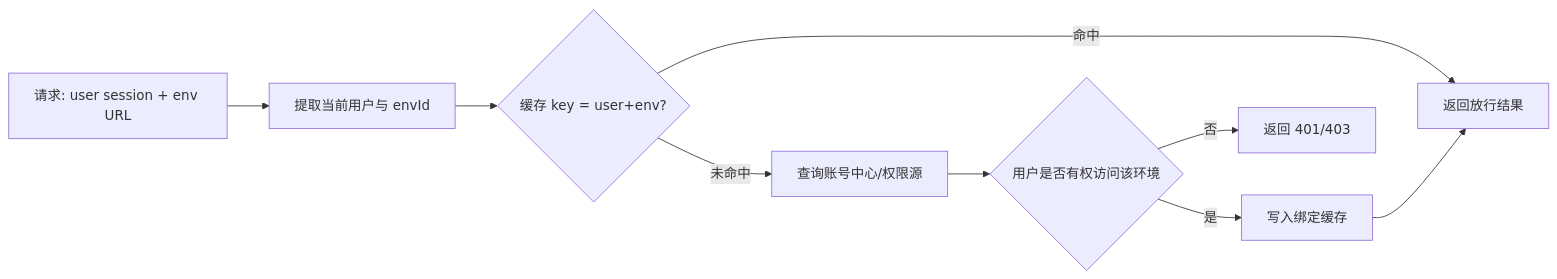
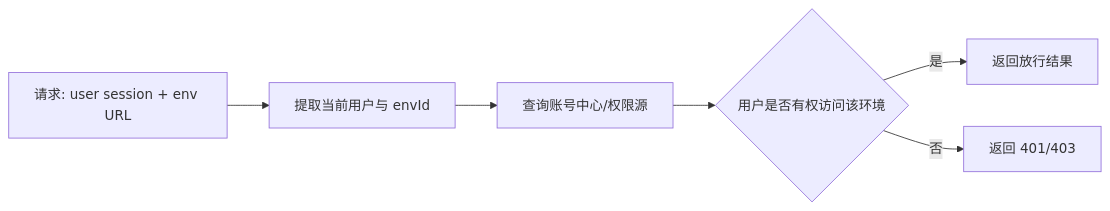
The second of 3 diagrams in opensourceways/backlog/issue_docs/151/Architecture Desgin/#151 Architecture Design Specification.md (GeorgeCao-hw/backlog-test), drawn with Mermaid before and after one commit. The commit also changed other lines of this file and 1 other file, not shown here.

````diff
--- a/opensourceways/backlog/issue_docs/151/Architecture Desgin/#151 Architecture Design Specification.md
+++ b/opensourceways/backlog/issue_docs/151/Architecture Desgin/#151 Architecture Design Specification.md
@@ -45,11 +42,8 @@
 ```mermaid
 flowchart LR
     Req[请求: user session + env URL] --> Extract[提取当前用户与 envId]
-    Extract --> Check{缓存 key = user+env?}
-    Check -- 命中 --> Allow[返回放行结果]
-    Check -- 未命中 --> Query[查询账号中心/权限源]
+    Extract --> Query[查询账号中心/权限源]
     Query --> Verify{用户是否有权访问该环境}
-    Verify -- 是 --> Store[写入绑定缓存]
-    Store --> Allow
+    Verify -- 是 --> Allow[返回放行结果]
     Verify -- 否 --> Deny[返回 401/403]
 ```
````
